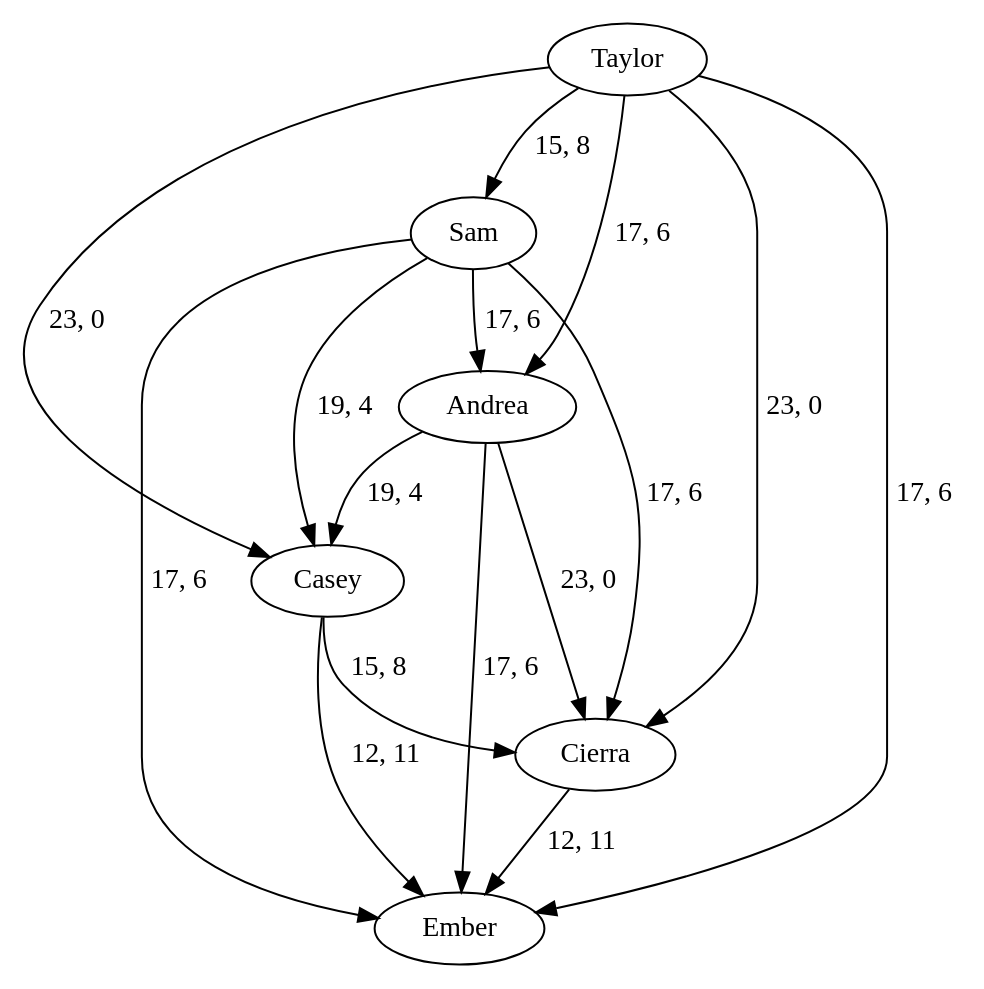
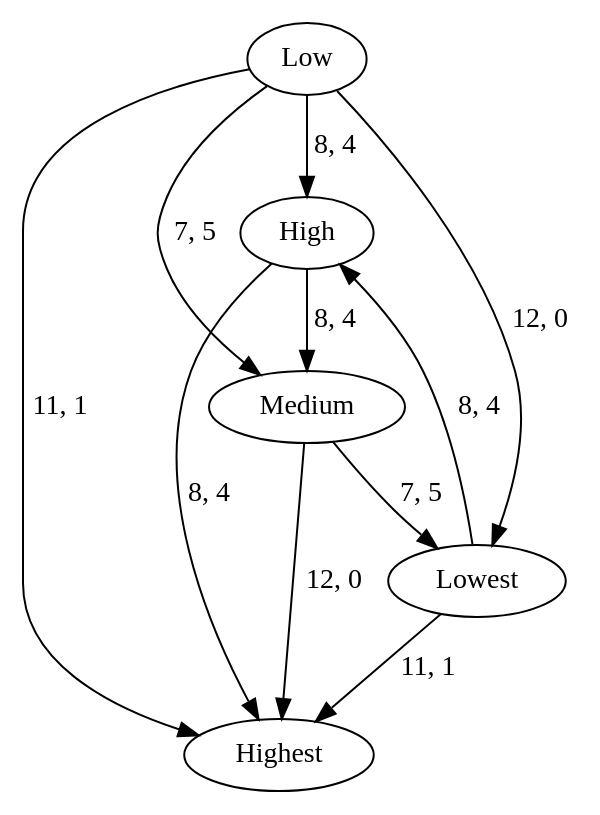
The diagram in Program3/graphImages/oneHigher.gv (efair4/CS5110), drawn with Graphviz before and after one commit. The commit also changed 8 other files, not shown here.

```diff
--- a/Program3/graphImages/oneHigher.gv
+++ b/Program3/graphImages/oneHigher.gv
@@ -1,23 +1,17 @@
 digraph {
-	Casey
-	Cierra
-	Ember
-	Taylor
-	Sam
-	Andrea
-	Casey -> Cierra [label="15, 8" weight=15]
-	Casey -> Ember [label="12, 11" weight=12]
-	Taylor -> Casey [label="23, 0" weight=23]
-	Sam -> Casey [label="19, 4" weight=19]
-	Andrea -> Casey [label="19, 4" weight=19]
-	Cierra -> Ember [label="12, 11" weight=12]
-	Taylor -> Cierra [label="23, 0" weight=23]
-	Sam -> Cierra [label="17, 6" weight=17]
-	Andrea -> Cierra [label="23, 0" weight=23]
-	Taylor -> Ember [label="17, 6" weight=17]
-	Sam -> Ember [label="17, 6" weight=17]
-	Andrea -> Ember [label="17, 6" weight=17]
-	Taylor -> Sam [label="15, 8" weight=15]
-	Taylor -> Andrea [label="17, 6" weight=17]
-	Sam -> Andrea [label="17, 6" weight=17]
+	Highest
+	High
+	Medium
+	Low
+	Lowest
+	High -> Highest [label="8, 4" weight=8]
+	Medium -> Highest [label="12, 0" weight=12]
+	Low -> Highest [label="11, 1" weight=11]
+	Lowest -> Highest [label="11, 1" weight=11]
+	High -> Medium [label="8, 4" weight=8]
+	Low -> High [label="8, 4" weight=8]
+	Lowest -> High [label="8, 4" weight=8]
+	Low -> Medium [label="7, 5" weight=7]
+	Medium -> Lowest [label="7, 5" weight=7]
+	Low -> Lowest [label="12, 0" weight=12]
 }
```
